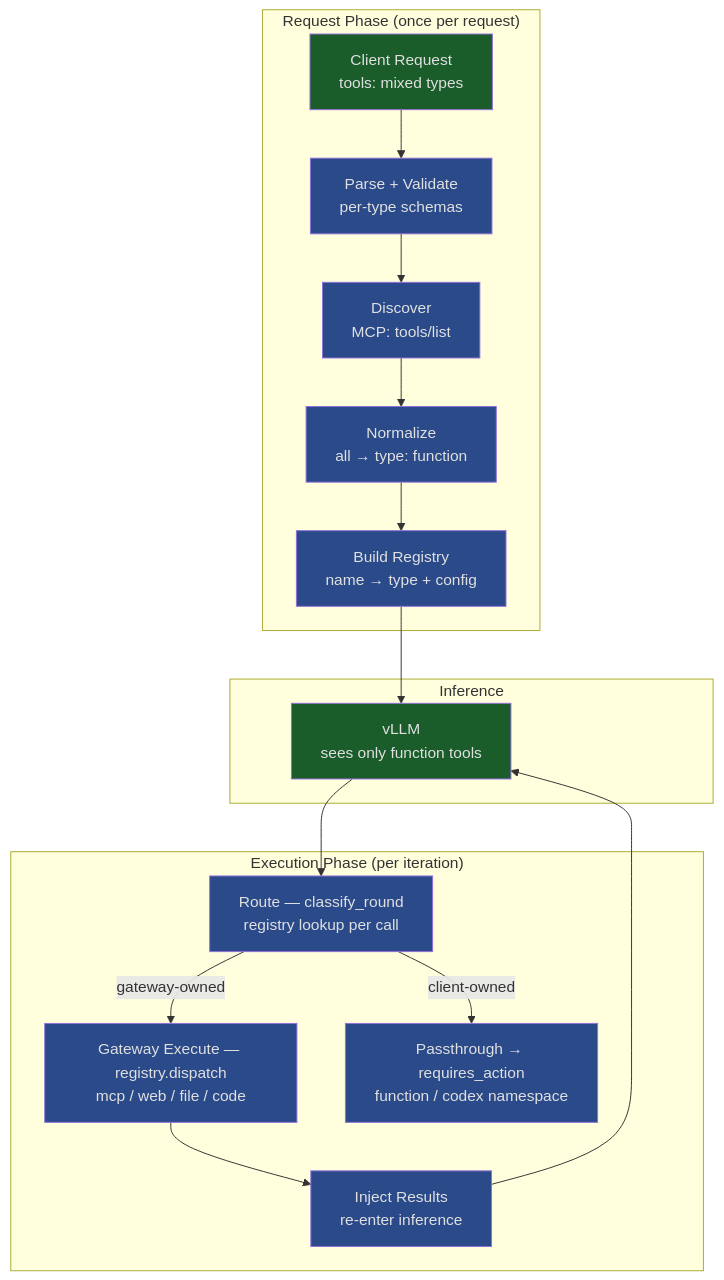
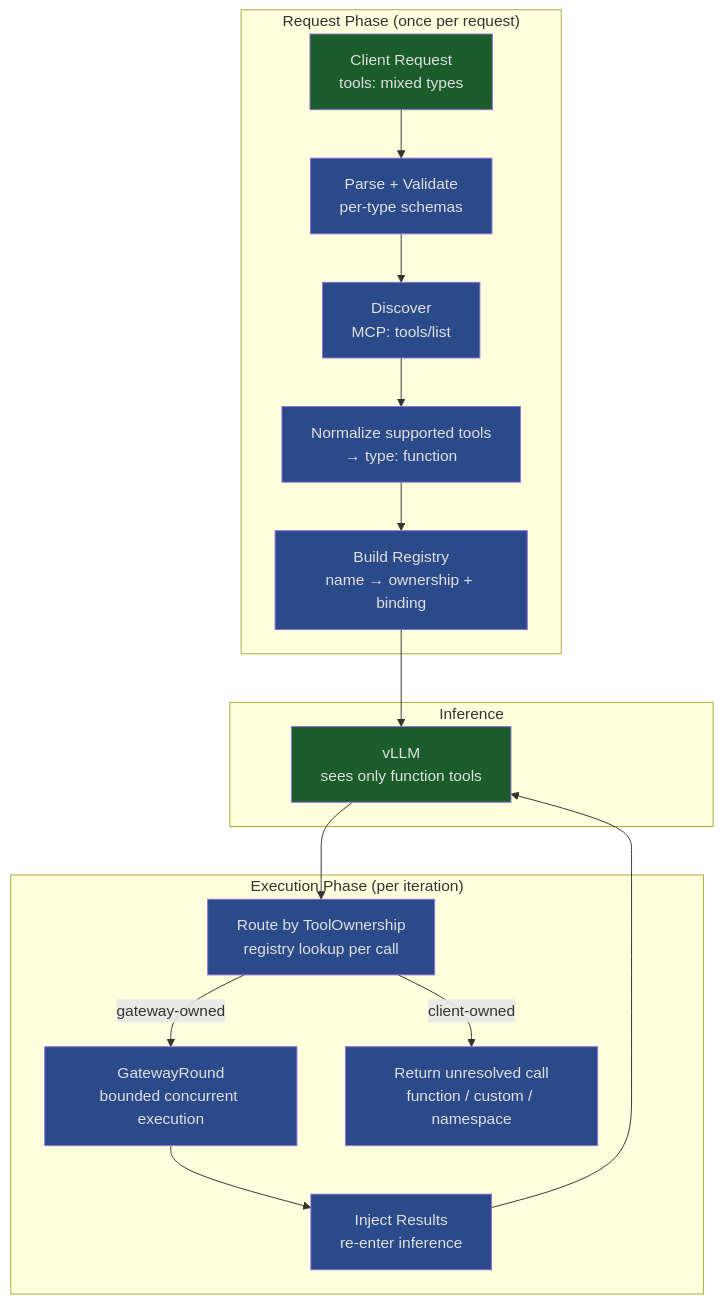
Before and after one commit to EmbeddedLLM/agentic-api: the first of 2 diagrams in docs/design/tool-framework.md, drawn with Mermaid. The commit also changed other lines of this file and 66 other files, not shown here.

````diff
--- a/docs/design/tool-framework.md
+++ b/docs/design/tool-framework.md
@@ -37,39 +37,39 @@
 ```mermaid
 graph TD
     subgraph "Request Phase (once per request)"
         REQ["Client Request<br>tools: mixed types"]
         PARSE["Parse + Validate<br>per-type schemas"]
         DISC["Discover<br>MCP: tools/list"]
-        NORM["Normalize<br>all → type: function"]
-        REG["Build Registry<br>name → type + config"]
+        NORM["Normalize supported tools<br>→ type: function"]
+        REG["Build Registry<br>name → ownership + binding"]
     end
 
     subgraph "Inference"
         VLLM["vLLM<br>sees only function tools"]
     end
 
     subgraph "Execution Phase (per iteration)"
-        ROUTE["Route — classify_round<br>registry lookup per call"]
-        EXEC_GW["Gateway Execute — registry.dispatch<br>mcp / web / file / code"]
-        PASS["Passthrough → requires_action<br>function / codex namespace"]
+        ROUTE["Route by ToolOwnership<br>registry lookup per call"]
+        EXEC_GW["GatewayRound<br>bounded concurrent execution"]
+        PASS["Return unresolved call<br>function / custom / namespace"]
         LOOP["Inject Results<br>re-enter inference"]
     end
 
     REQ --> PARSE --> DISC --> NORM --> REG
     REG --> VLLM
     VLLM --> ROUTE
     ROUTE -->|gateway-owned| EXEC_GW
     ROUTE -->|client-owned| PASS
     EXEC_GW --> LOOP --> VLLM
 
     style REQ fill:#1a5c2a,color:#e0e0e0
     style VLLM fill:#1a5c2a,color:#e0e0e0
     style PARSE fill:#2a4a8a,color:#e0e0e0
     style DISC fill:#2a4a8a,color:#e0e0e0
     style NORM fill:#2a4a8a,color:#e0e0e0
     style REG fill:#2a4a8a,color:#e0e0e0
     style ROUTE fill:#2a4a8a,color:#e0e0e0
     style EXEC_GW fill:#2a4a8a,color:#e0e0e0
     style PASS fill:#2a4a8a,color:#e0e0e0
     style LOOP fill:#2a4a8a,color:#e0e0e0
 ```
````
